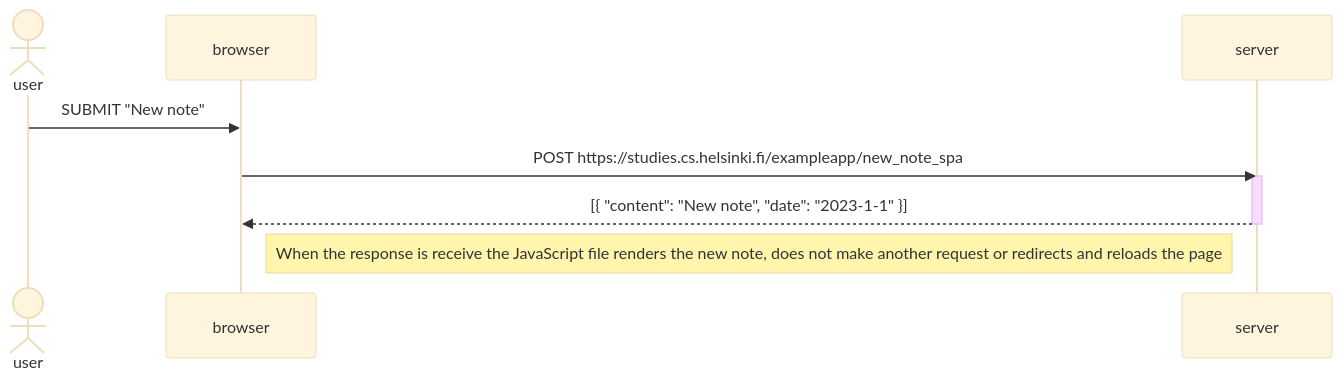
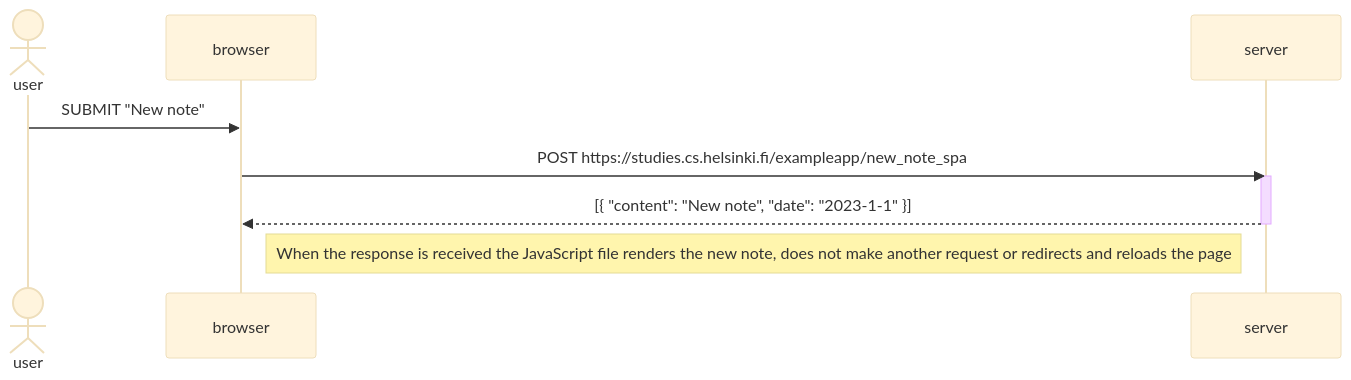
Before and after one commit to tomascarrizodev/fullstack-open: the diagram in part0/0.6- New note in Single page app diagram.md, drawn with Mermaid (base theme).

Commit message:
Update 0.6- New note in Single page app diagram.md

````diff
--- a/part0/0.6- New note in Single page app diagram.md
+++ b/part0/0.6- New note in Single page app diagram.md
@@ -2,14 +2,14 @@
 ```mermaid
     sequenceDiagram
         actor user
         participant browser
         participant server
 
         user->>browser: SUBMIT "New note"
         browser->>server: POST https://studies.cs.helsinki.fi/exampleapp/new_note_spa
         activate server
         server-->>browser: [{ "content": "New note", "date": "2023-1-1" }]
         deactivate server
 
-        Note right of browser: When the response is receive the JavaScript file renders the new note, does not make another request or redirects and reloads the page
+        Note right of browser: When the response is received the JavaScript file renders the new note, does not make another request or redirects and reloads the page
 ```
````
